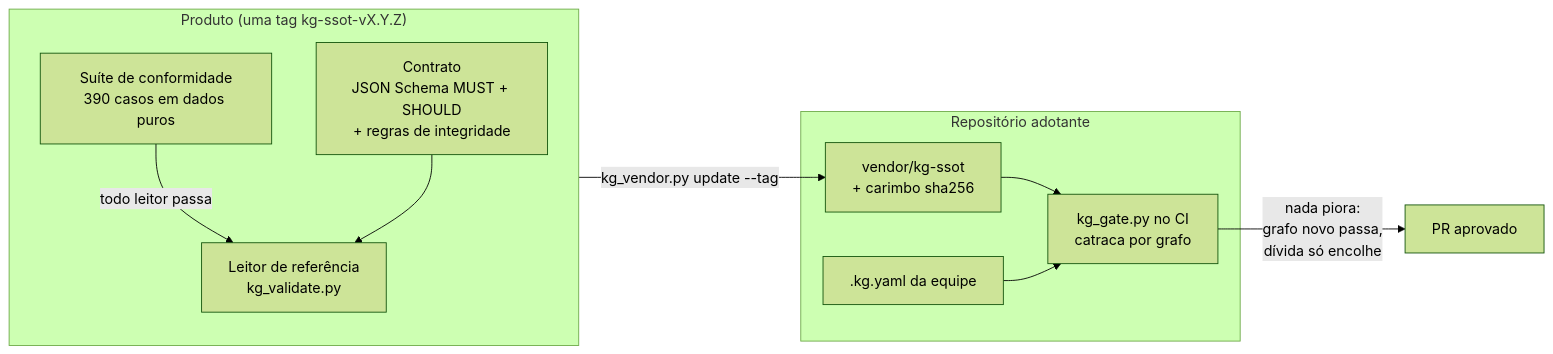
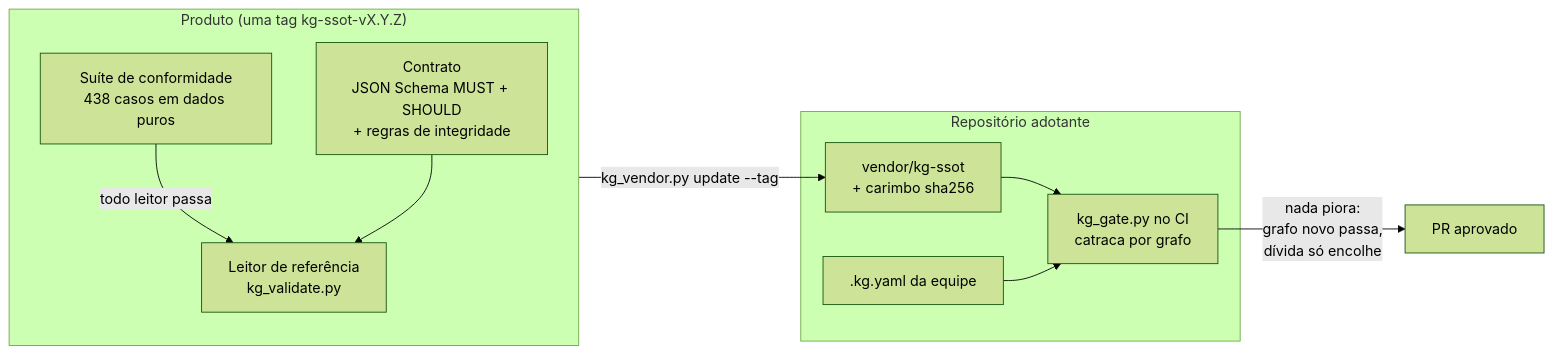
Before and after one commit to marciocar/kg-ssot: the diagram in README.pt-BR.md, drawn with Mermaid (forest theme). The commit also changed other lines of this file and 89 other files, not shown here.

````diff
--- a/README.pt-BR.md
+++ b/README.pt-BR.md
@@ -125,19 +125,19 @@
 ```mermaid
 flowchart LR
   subgraph product["Produto (uma tag kg-ssot-vX.Y.Z)"]
     C["Contrato<br/>JSON Schema MUST + SHOULD<br/>+ regras de integridade"]
-    S["Suíte de conformidade<br/>390 casos em dados puros"]
+    S["Suíte de conformidade<br/>438 casos em dados puros"]
     R["Leitor de referência<br/>kg_validate.py"]
     S -- "todo leitor passa" --> R
     C --> R
   end
   subgraph adopter["Repositório adotante"]
     V["vendor/kg-ssot<br/>+ carimbo sha256"]
     G["kg_gate.py no CI<br/>catraca por grafo"]
     K[".kg.yaml da equipe"]
     V --> G
     K --> G
   end
   product -- "kg_vendor.py update --tag" --> V
   G -- "nada piora:<br/>grafo novo passa,<br/>dívida só encolhe" --> PR["PR aprovado"]
 ```
````
